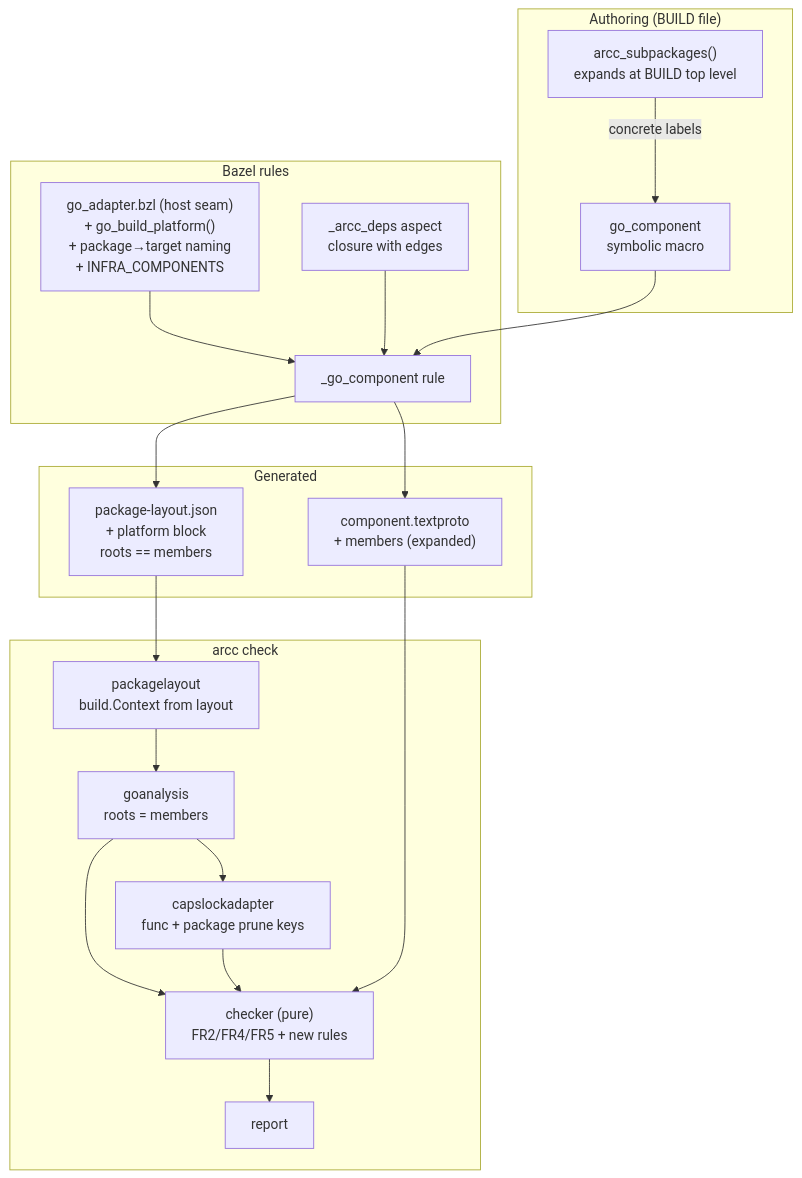
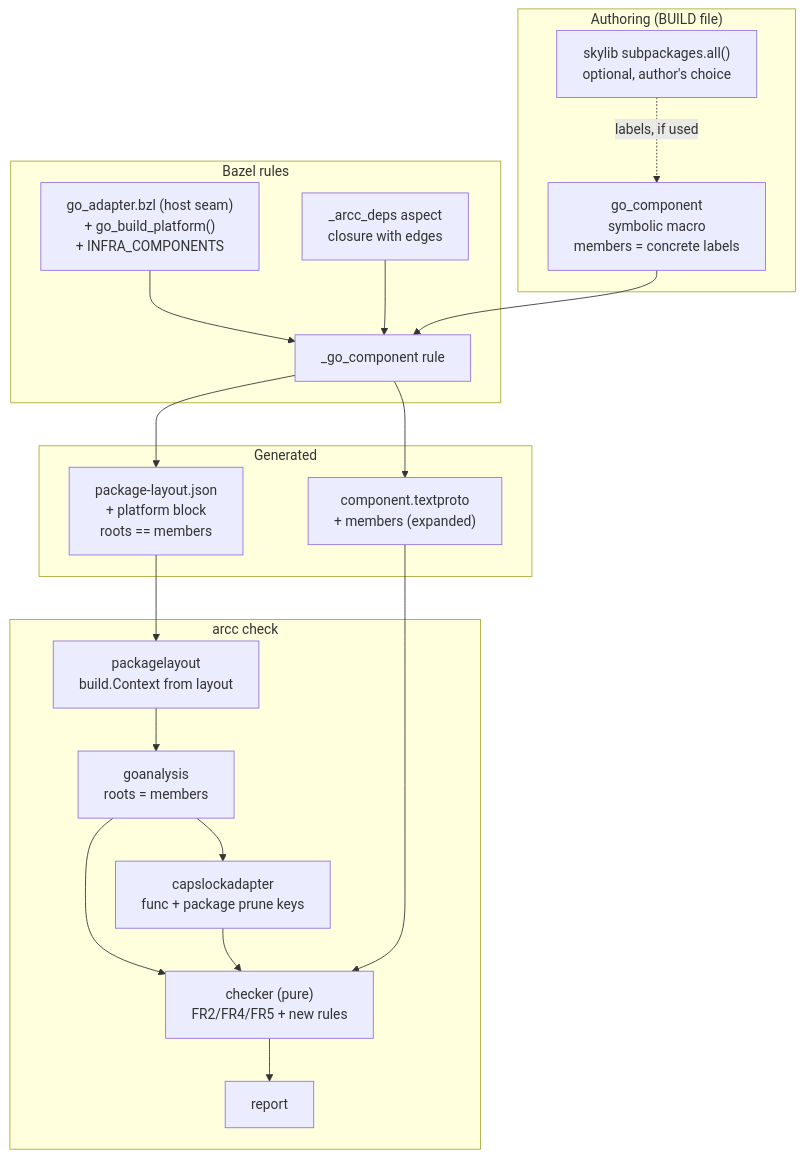
Before and after one commit to ono-sendai-labs/architectural-contracts: the first of 2 diagrams in .agents/planning/2026-07-25-component-membership-and-authority/design/detailed-design.md, drawn with Mermaid. The commit also changed other lines of this file and 5 other files, not shown here.

````diff
--- a/.agents/planning/2026-07-25-component-membership-and-authority/design/detailed-design.md
+++ b/.agents/planning/2026-07-25-component-membership-and-authority/design/detailed-design.md
@@ -99,39 +101,39 @@
 ```mermaid
 flowchart TB
     subgraph Author["Authoring (BUILD file)"]
-        H["arcc_subpackages()<br/>expands at BUILD top level"]
-        GC["go_component<br/>symbolic macro"]
-        H -->|concrete labels| GC
+        H["skylib subpackages.all()<br/>optional, author's choice"]
+        GC["go_component<br/>symbolic macro<br/>members = concrete labels"]
+        H -.->|"labels, if used"| GC
     end
 
     subgraph Rules["Bazel rules"]
-        AD["go_adapter.bzl (host seam)<br/>+ go_build_platform()<br/>+ package→target naming<br/>+ INFRA_COMPONENTS"]
+        AD["go_adapter.bzl (host seam)<br/>+ go_build_platform()<br/>+ INFRA_COMPONENTS"]
         ASP["_arcc_deps aspect<br/>closure with edges"]
         CR["_go_component rule"]
         AD --> CR
         ASP --> CR
         GC --> CR
     end
 
     subgraph Artifacts["Generated"]
         MF["component.textproto<br/>+ members (expanded)"]
         LO["package-layout.json<br/>+ platform block<br/>roots == members"]
     end
 
     CR --> MF
     CR --> LO
 
     subgraph Arcc["arcc check"]
         PL["packagelayout<br/>build.Context from layout"]
         GA["goanalysis<br/>roots = members"]
         CA["capslockadapter<br/>func + package prune keys"]
         CK["checker (pure)<br/>FR2/FR4/FR5 + new rules"]
         RP["report"]
         PL --> GA --> CK
         GA --> CA --> CK
         CK --> RP
     end
 
     MF --> CK
     LO --> PL
 ```
````
